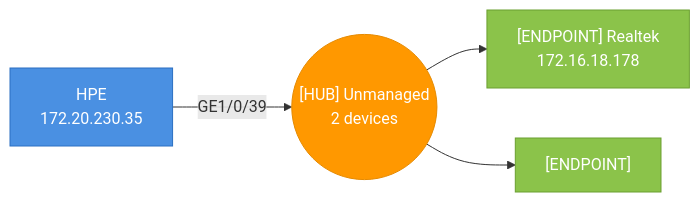
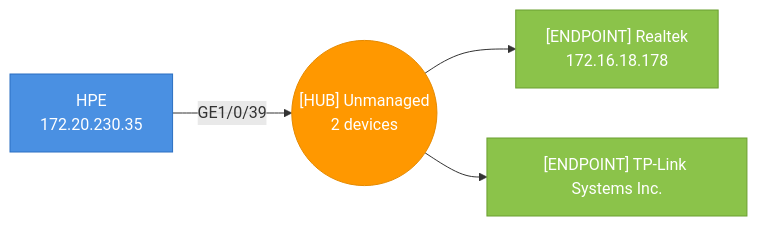
One commit to djamic/LLDP-Skanner-Go changed the tenth of 51 diagrams in testdata/golden/audit_esxi_sections.md. Above: the diagram before and after it, drawn with Mermaid. The commit also changed other lines of this file and 16 other files, not shown here.

````diff
--- a/testdata/golden/audit_esxi_sections.md
+++ b/testdata/golden/audit_esxi_sections.md
@@ -245,14 +231,14 @@
 ```mermaid
 graph LR
   hub_4caea3a20d4c_p39(("[HUB] Unmanaged<br>2 devices"))
   4caea3a20d4c["HPE<br>172.20.230.35"]
   4caea3a20d4c-- "GE1/0/39" -->hub_4caea3a20d4c_p39
   style 4caea3a20d4c fill:#4A90E2,stroke:#2A6FC2,color:#fff
   00e04cf04fb4["[ENDPOINT] Realtek<br>172.16.18.178"]
   hub_4caea3a20d4c_p39-->00e04cf04fb4
   style 00e04cf04fb4 fill:#8BC34A,stroke:#6B9F30,color:#fff
-  a8294859b3c3["[ENDPOINT]"]
+  a8294859b3c3["[ENDPOINT] TP-Link Systems Inc."]
   hub_4caea3a20d4c_p39-->a8294859b3c3
   style a8294859b3c3 fill:#8BC34A,stroke:#6B9F30,color:#fff
   style hub_4caea3a20d4c_p39 fill:#FF9800,stroke:#E68A00,color:#fff
 ```
````
